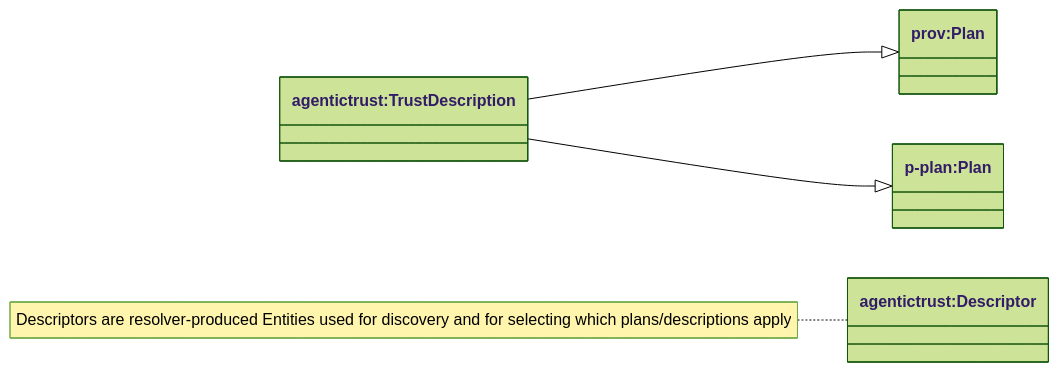
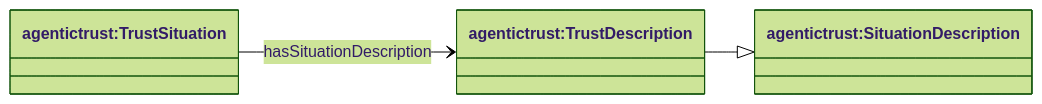
The fourth of 4 diagrams in docs/ontology/description.md (Agentic-Trust-Layer/agent-explorer), drawn with Mermaid (forest theme) before and after one commit. The commit also changed other lines of this file and 8 other files, not shown here.

````diff
--- a/docs/ontology/description.md
+++ b/docs/ontology/description.md
@@ -189,14 +96,11 @@
 ```mermaid
 classDiagram
 direction LR
 
-class provPlan["prov:Plan"]
-class pplanPlan["p-plan:Plan"]
 class TrustDescription["agentictrust:TrustDescription"]
-class Descriptor["agentictrust:Descriptor"]
+class SituationDescription["agentictrust:SituationDescription"]
+class TrustSituation["agentictrust:TrustSituation"]
 
-TrustDescription --|> provPlan
-TrustDescription --|> pplanPlan
-
-note for Descriptor "Descriptors are resolver-produced Entities used for discovery and for selecting which plans/descriptions apply"
+TrustDescription --|> SituationDescription
+TrustSituation --> TrustDescription : hasSituationDescription
 ```
````
